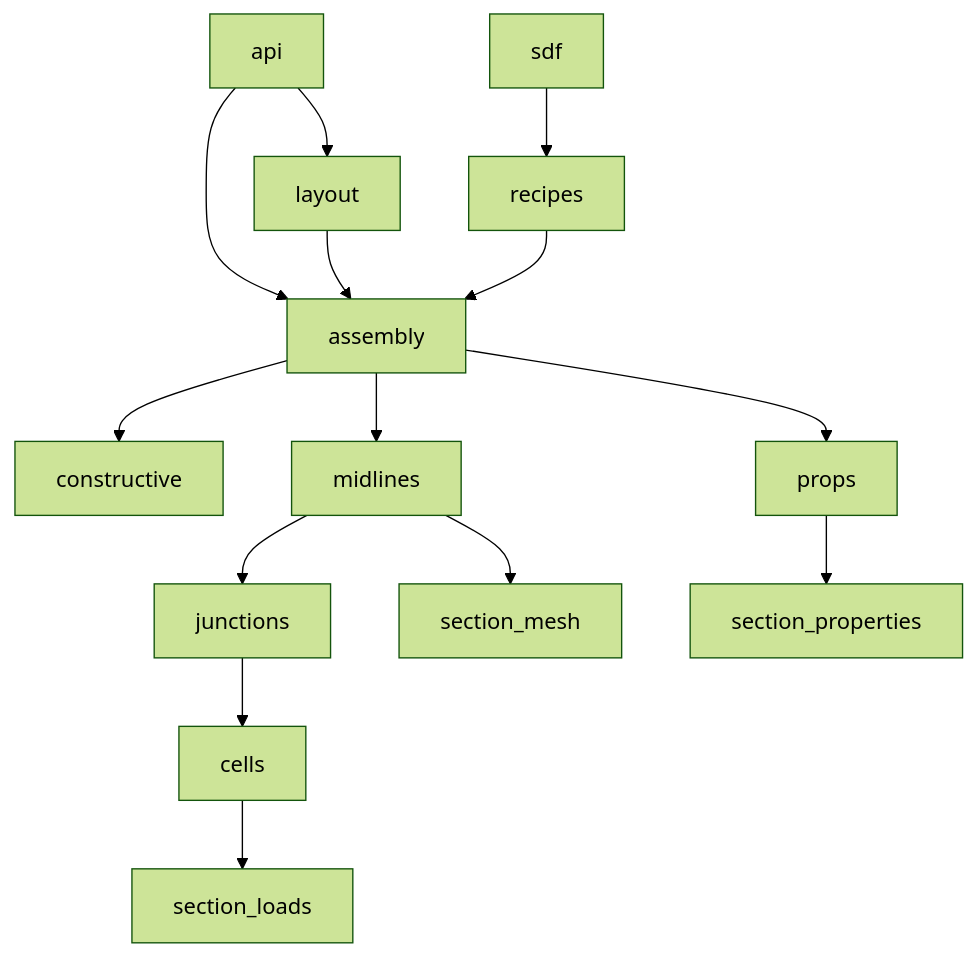
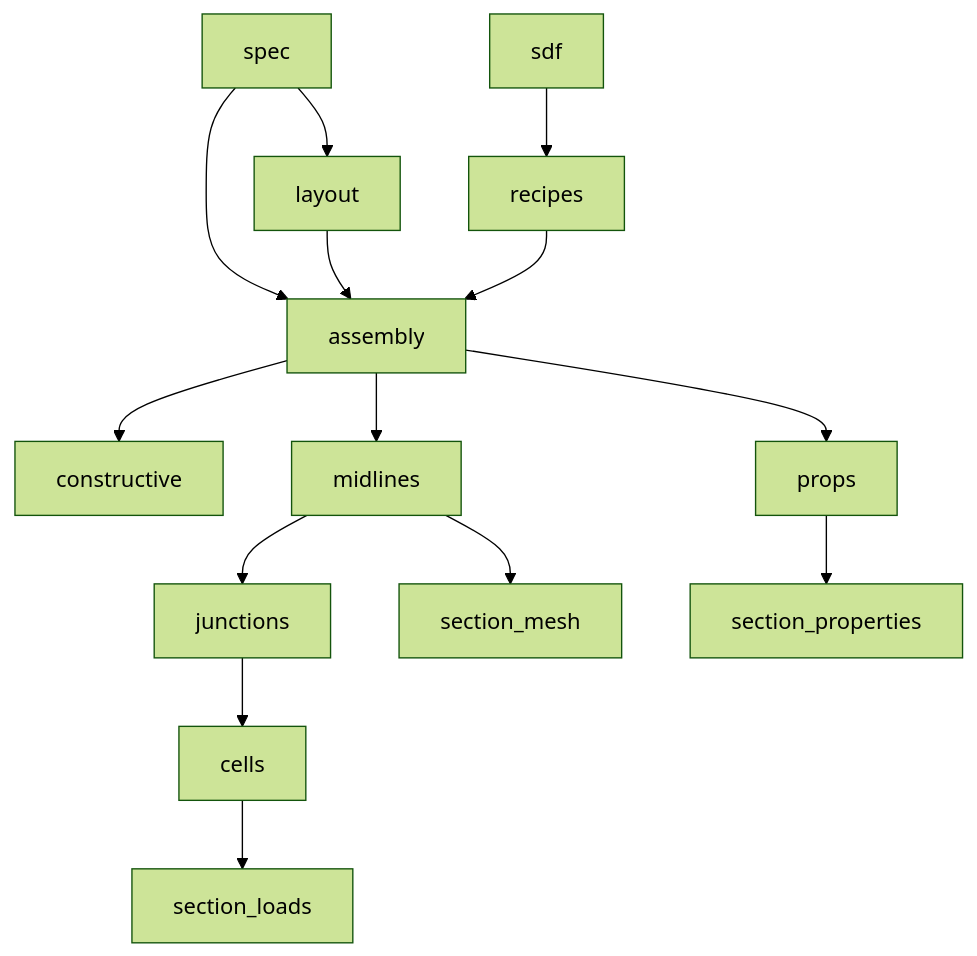
One commit to samhughes-fea/implicit-geometry-kernel changed the second of 3 diagrams in docs/section/README.md. Above: the diagram before and after it, drawn with Mermaid (forest theme). The commit also changed other lines of this file and 29 other files, not shown here.

First line of the commit message:
refactor: fold section.api into section.spec

````diff
--- a/docs/section/README.md
+++ b/docs/section/README.md
@@ -188,16 +189,16 @@
 ```mermaid
 flowchart TB
-  Api[api] --> Layout[layout]
+  Api[spec] --> Layout[layout]
   Api --> Assembly[assembly]
   Layout --> Assembly
   Recipes[recipes] --> Assembly
   Sdf[sdf] --> Recipes
   Assembly --> Constructive[constructive]
   Assembly --> Mid[midlines]
   Mid --> Topo[junctions]
   Topo --> CellWall[cells]
   Assembly --> Props[props]
   Mid --> Mesh[section_mesh]
   CellWall --> Loads[section_loads]
   Props --> SecProps[section_properties]
 ```
````
